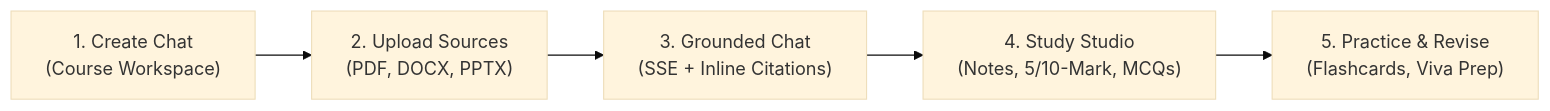
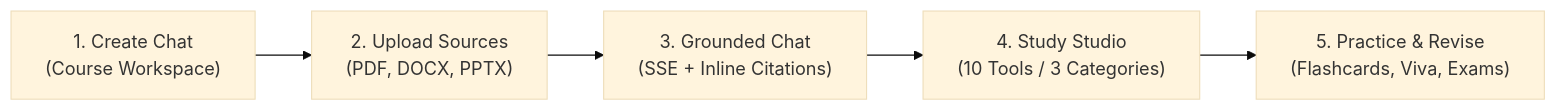
One commit to KrrishDang/ai-academic-assistant changed the first of 3 diagrams in README.md. Above: the diagram before and after it, drawn with Mermaid (base theme). The commit also changed other lines of this file and 3 other files, not shown here.

````diff
--- a/README.md
+++ b/README.md
@@ -29,7 +29,7 @@
 ```mermaid
 flowchart LR
     A["1. Create Chat<br/>(Course Workspace)"] --> B["2. Upload Sources<br/>(PDF, DOCX, PPTX)"]
     B --> C["3. Grounded Chat<br/>(SSE + Inline Citations)"]
-    C --> D["4. Study Studio<br/>(Notes, 5/10-Mark, MCQs)"]
-    D --> E["5. Practice & Revise<br/>(Flashcards, Viva Prep)"]
+    C --> D["4. Study Studio<br/>(10 Tools / 3 Categories)"]
+    D --> E["5. Practice & Revise<br/>(Flashcards, Viva, Exams)"]
 ```
````
